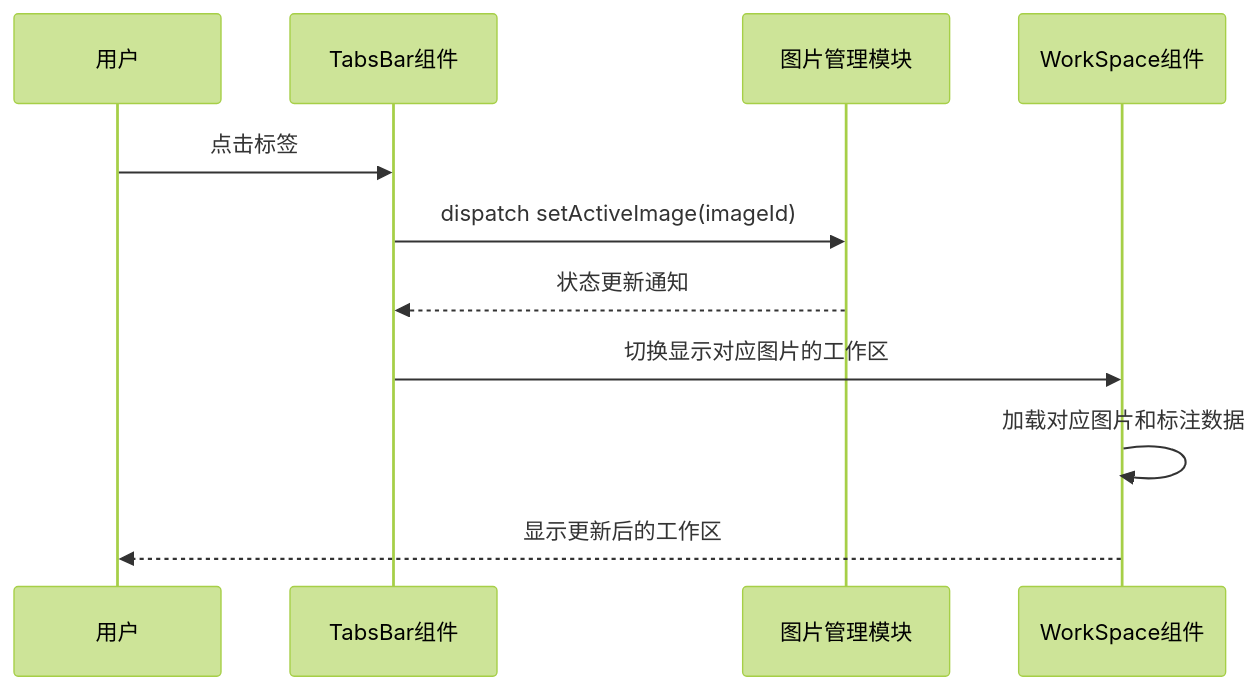
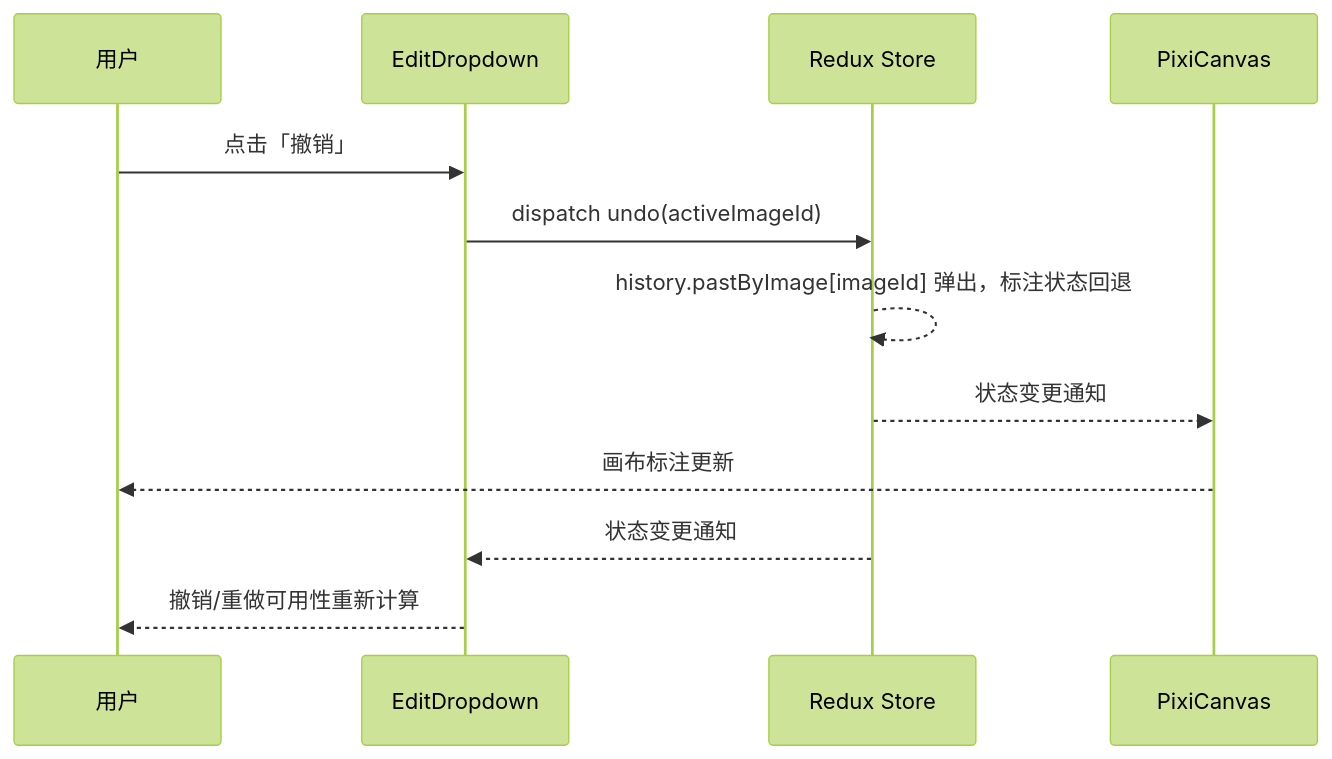
The second of 8 diagrams in doc/技术设计/表现层设计.md (kampfer/trae-image-marker), drawn with Mermaid (forest theme) before and after one commit. The commit also changed other lines of this file, not shown here.

````diff
--- a/doc/技术设计/表现层设计.md
+++ b/doc/技术设计/表现层设计.md
@@ -381,14 +198,15 @@
 ```mermaid
 sequenceDiagram
     participant User as 用户
-    participant TabsBar as TabsBar组件
-    participant ImageModule as 图片管理模块
-    participant WorkSpace as WorkSpace组件
+    participant EditDropdown as EditDropdown
+    participant Redux as Redux Store
+    participant Canvas as PixiCanvas
 
-    User->>TabsBar: 点击标签
-    TabsBar->>ImageModule: dispatch setActiveImage(imageId)
-    ImageModule-->>TabsBar: 状态更新通知
-    TabsBar->>WorkSpace: 切换显示对应图片的工作区
-    WorkSpace->>WorkSpace: 加载对应图片和标注数据
-    WorkSpace-->>User: 显示更新后的工作区
+    User->>EditDropdown: 点击「撤销」
+    EditDropdown->>Redux: dispatch undo(activeImageId)
+    Redux-->>Redux: history.pastByImage[imageId] 弹出，标注状态回退
+    Redux-->>Canvas: 状态变更通知
+    Canvas-->>User: 画布标注更新
+    Redux-->>EditDropdown: 状态变更通知
+    EditDropdown-->>User: 撤销/重做可用性重新计算
 ```
````
